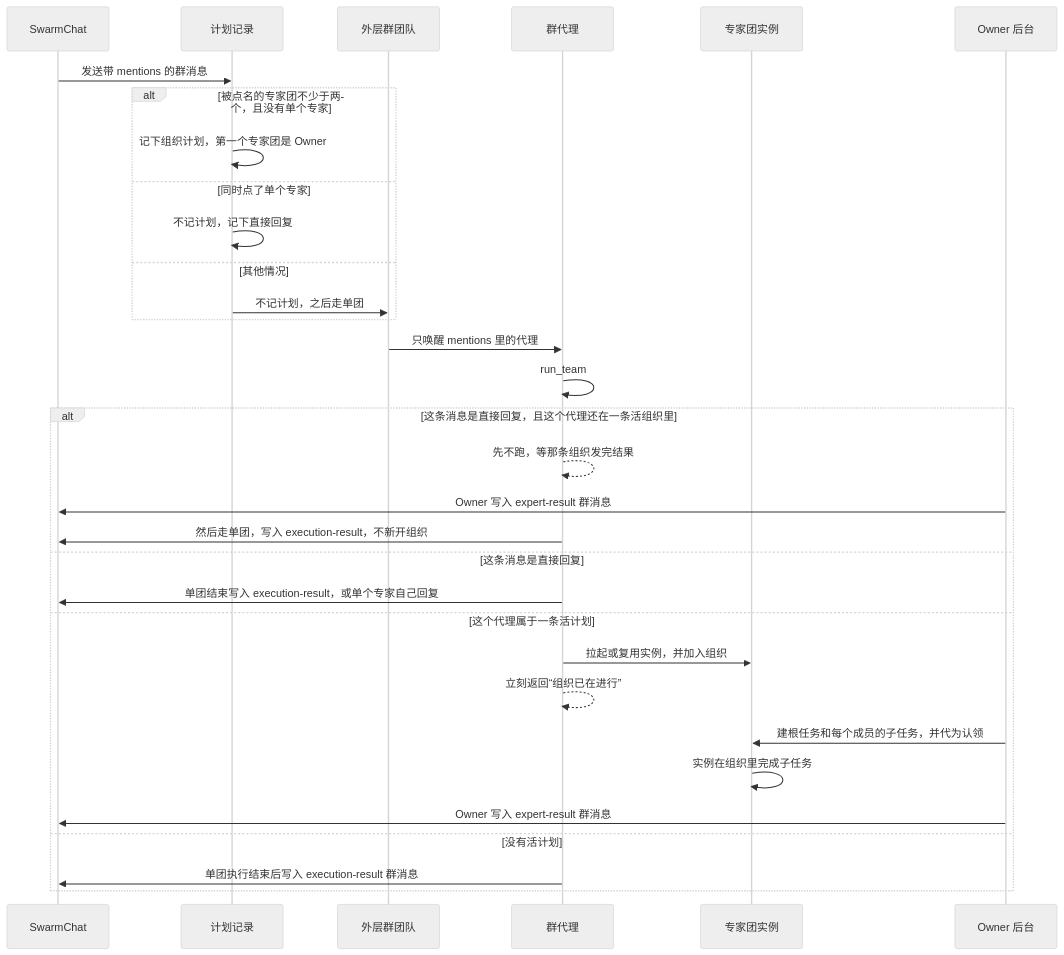
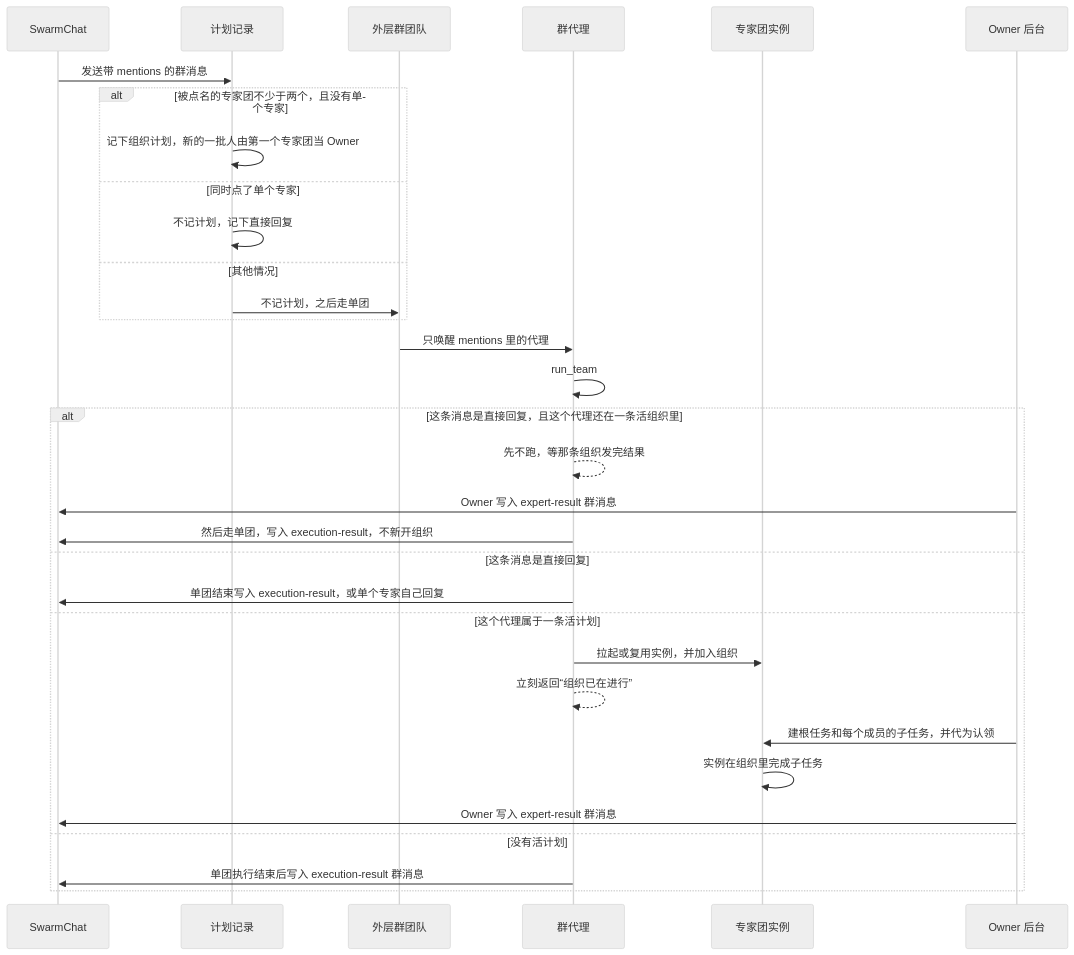
Before and after one commit to openJiuwen-ai/jiuwenswarm: the diagram in docs/zh/SwarmChat群聊专家团组织.md, drawn with Mermaid (neutral theme). The commit also changed other lines of this file and 3 other files, not shown here.

````diff
--- a/docs/zh/SwarmChat群聊专家团组织.md
+++ b/docs/zh/SwarmChat群聊专家团组织.md
@@ -30,35 +30,35 @@
 ```mermaid
 sequenceDiagram
     participant User as SwarmChat
     participant Gate as 计划记录
     participant Group as 外层群团队
     participant Proxy as 群代理
     participant Org as 专家团实例
     participant Owner as Owner 后台
 
     User->>Gate: 发送带 mentions 的群消息
     alt 被点名的专家团不少于两个，且没有单个专家
-        Gate->>Gate: 记下组织计划，第一个专家团是 Owner
+        Gate->>Gate: 记下组织计划，新的一批人由第一个专家团当 Owner
     else 同时点了单个专家
         Gate->>Gate: 不记计划，记下直接回复
     else 其他情况
         Gate->>Group: 不记计划，之后走单团
     end
     Group->>Proxy: 只唤醒 mentions 里的代理
     Proxy->>Proxy: run_team
     alt 这条消息是直接回复，且这个代理还在一条活组织里
         Proxy-->>Proxy: 先不跑，等那条组织发完结果
         Owner->>User: Owner 写入 expert-result 群消息
         Proxy->>User: 然后走单团，写入 execution-result，不新开组织
     else 这条消息是直接回复
         Proxy->>User: 单团结束写入 execution-result，或单个专家自己回复
     else 这个代理属于一条活计划
         Proxy->>Org: 拉起或复用实例，并加入组织
         Proxy-->>Proxy: 立刻返回“组织已在进行”
         Owner->>Org: 建根任务和每个成员的子任务，并代为认领
         Org->>Org: 实例在组织里完成子任务
         Owner->>User: Owner 写入 expert-result 群消息
     else 没有活计划
         Proxy->>User: 单团执行结束后写入 execution-result 群消息
     end
 ```
````
